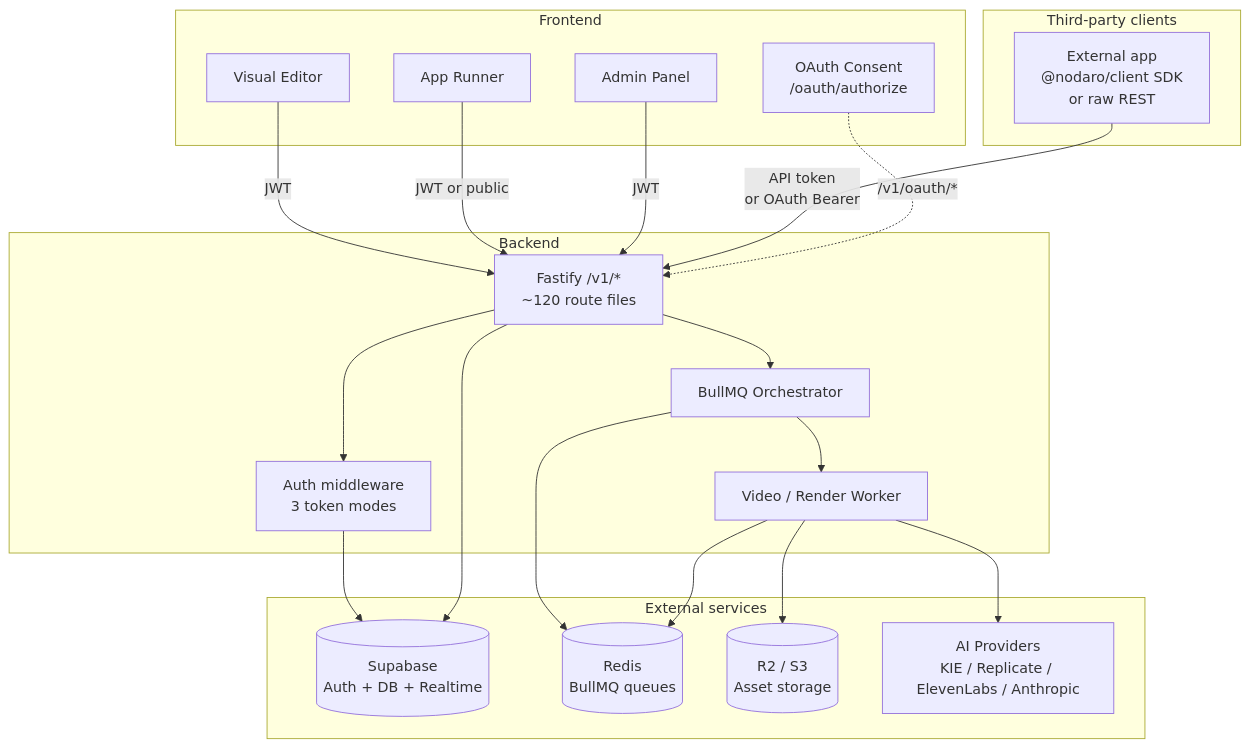
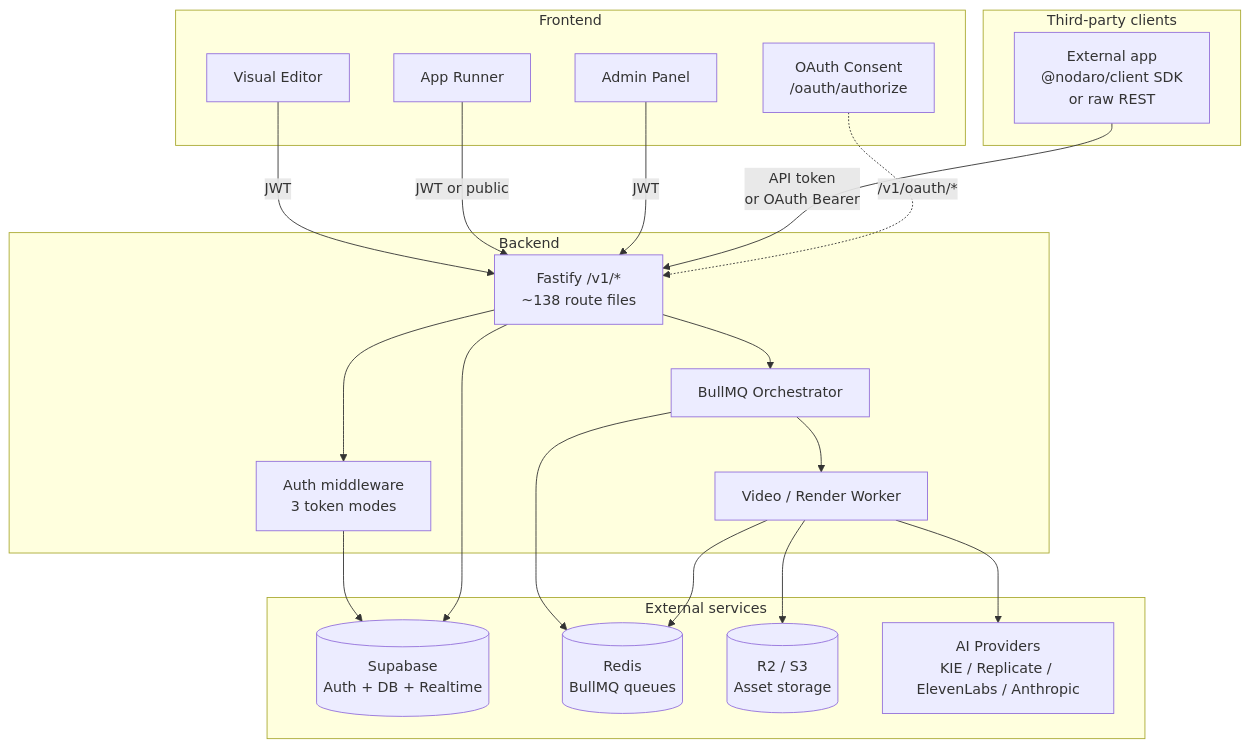
The diagram in docs/architecture.md (nodaroai/app.nodaro.ai), drawn with Mermaid before and after one commit. The commit also changed other lines of this file and 62 other files, not shown here.

````diff
--- a/docs/architecture.md
+++ b/docs/architecture.md
@@ -25,38 +25,38 @@
 ```mermaid
 graph TB
     subgraph Frontend
         Editor[Visual Editor]
         Apps[App Runner]
         OAuthScreen[OAuth Consent<br/>/oauth/authorize]
         Admin[Admin Panel]
     end
     subgraph "Third-party clients"
         External["External app<br/>@nodaro/client SDK<br/>or raw REST"]
     end
     subgraph Backend
-        API[Fastify /v1/*<br/>~120 route files]
+        API[Fastify /v1/*<br/>~138 route files]
         Auth[Auth middleware<br/>3 token modes]
         Orchestrator[BullMQ Orchestrator]
         Worker[Video / Render Worker]
     end
     subgraph "External services"
         Supabase[(Supabase<br/>Auth + DB + Realtime)]
         Redis[(Redis<br/>BullMQ queues)]
         R2[(R2 / S3<br/>Asset storage)]
         AI[AI Providers<br/>KIE / Replicate / ElevenLabs / Anthropic]
     end
     Editor -->|JWT| API
     Apps -->|JWT or public| API
     Admin -->|JWT| API
     External -->|API token<br/>or OAuth Bearer| API
     OAuthScreen -.->|/v1/oauth/*| API
     API --> Auth
     Auth --> Supabase
     API --> Orchestrator
     Orchestrator --> Worker
     Worker --> AI
     Worker --> R2
     Orchestrator --> Redis
     Worker --> Redis
     API --> Supabase
 ```
````
